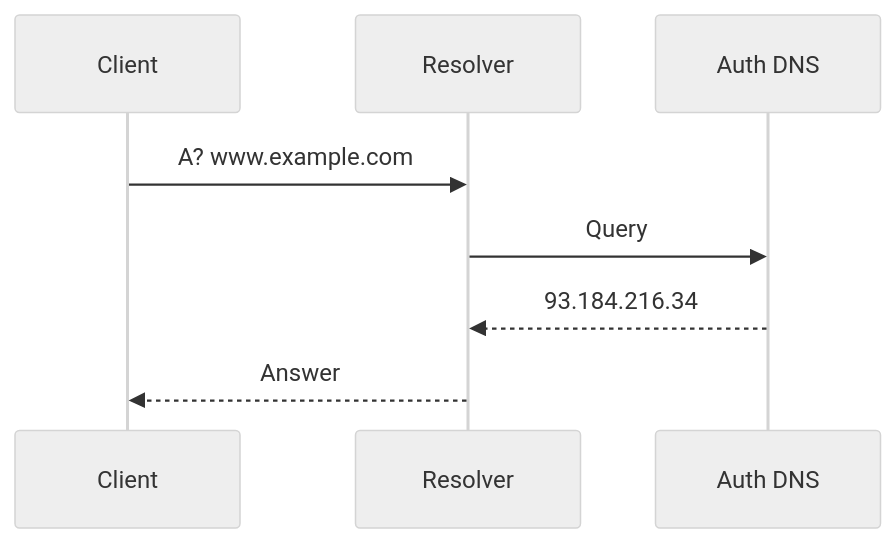
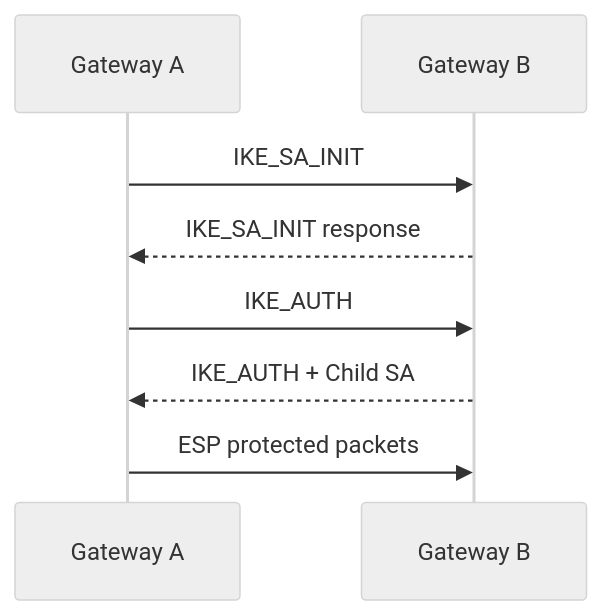
One commit to omnayak27199/pktana changed diagram 16 of 36 in learning/11-protocols-reference.md. Above: the diagram before and after it, drawn with Mermaid (neutral theme). The commit also changed other lines of this file and 14 other files, not shown here.

````diff
--- a/learning/11-protocols-reference.md
+++ b/learning/11-protocols-reference.md
@@ -232,10 +969,10 @@
 ```mermaid
 sequenceDiagram
-  participant C as Client
-  participant R as Resolver
-  participant A as Auth DNS
-  C->>R: A? www.example.com
-  R->>A: Query
-  A-->>R: 93.184.216.34
-  R-->>C: Answer
+  participant A as Gateway A
+  participant B as Gateway B
+  A->>B: IKE_SA_INIT
+  B-->>A: IKE_SA_INIT response
+  A->>B: IKE_AUTH
+  B-->>A: IKE_AUTH + Child SA
+  A->>B: ESP protected packets
 ```
````
